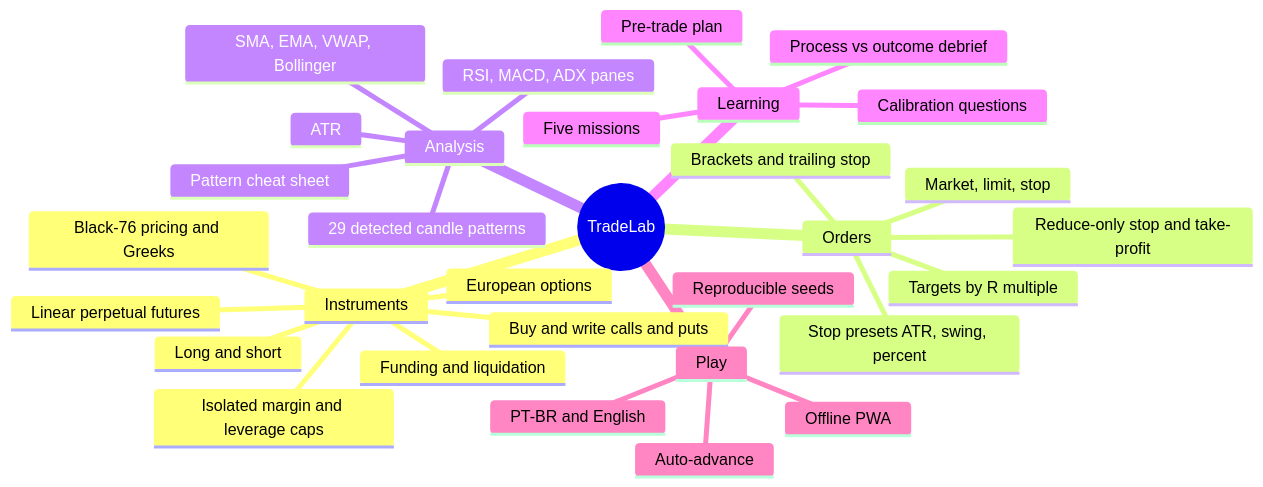
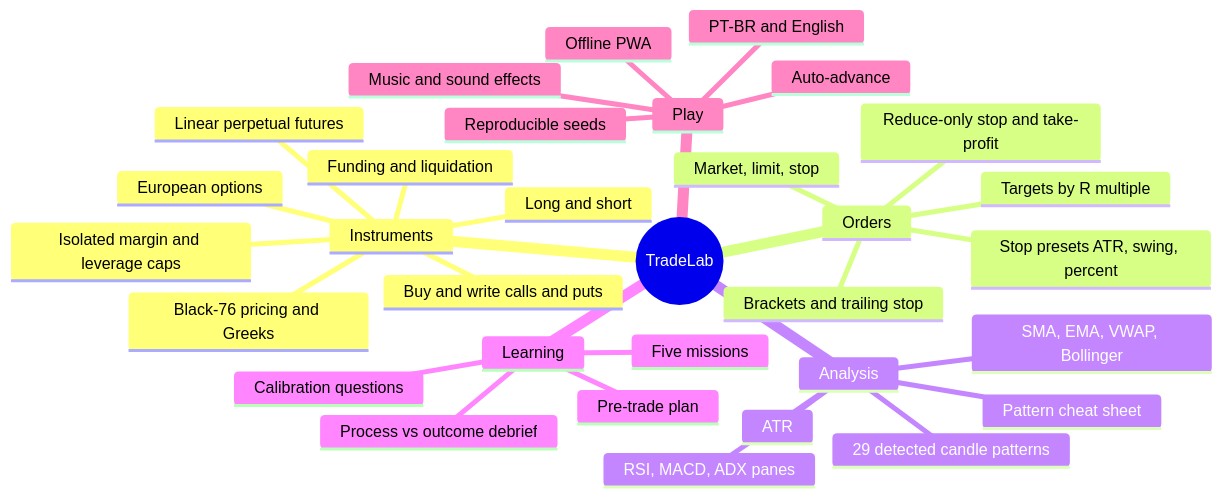
The first of 7 diagrams in README.md (CyberdyneCorp/trading-game), drawn with Mermaid before and after one commit. The commit also changed other lines of this file and 26 other files, not shown here.

````diff
--- a/README.md
+++ b/README.md
@@ -44,34 +45,35 @@
 ```mermaid
 mindmap
   root((TradeLab))
     Instruments
       Linear perpetual futures
       Long and short
       Isolated margin and leverage caps
       Funding and liquidation
       European options
       Buy and write calls and puts
       Black-76 pricing and Greeks
     Orders
       Market, limit, stop
       Reduce-only stop and take-profit
       Brackets and trailing stop
       Stop presets ATR, swing, percent
       Targets by R multiple
     Analysis
       SMA, EMA, VWAP, Bollinger
       RSI, MACD, ADX panes
       ATR
       29 detected candle patterns
       Pattern cheat sheet
     Learning
       Five missions
       Pre-trade plan
       Calibration questions
       Process vs outcome debrief
     Play
       Auto-advance
+      Music and sound effects
       Offline PWA
       PT-BR and English
       Reproducible seeds
 ```
````
